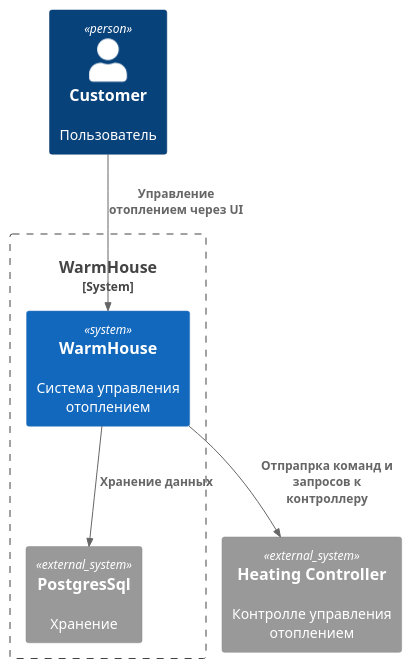
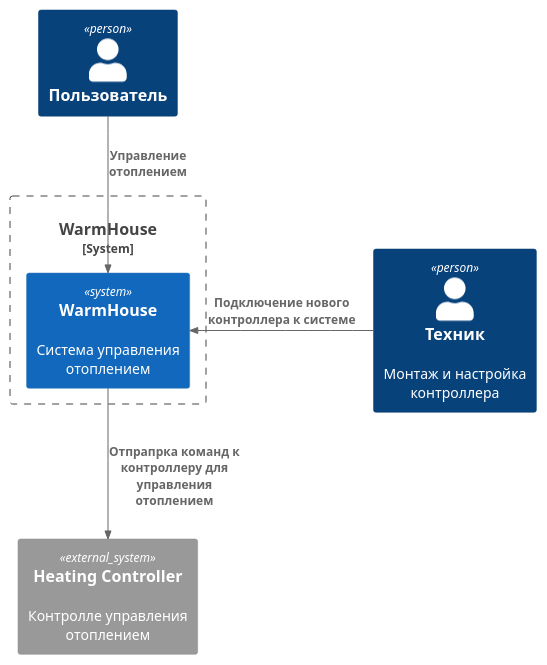
One commit to Meeluck/architecture-warmhouse changed the diagram in context_as_is.puml. Above: the diagram before and after it, drawn with PlantUML. The commit also changed 4 other files, not shown here.

Commit message:
переработаны диаграммы

```diff
--- a/context_as_is.puml
+++ b/context_as_is.puml
@@ -1,17 +1,16 @@
 @startuml
 !include https://raw.githubusercontent.com/plantuml-stdlib/C4-PlantUML/master/C4_Context.puml
 
-Person(user,"Customer","Пользователь")
+Person(user,Пользователь)
+Person(stuff,Техник, "Монтаж и настройка контроллера")
 
 System_Boundary(c1,WarmHouse){
     System(wh, "WarmHouse","Система управления отоплением")
-    System_Ext(db,"PostgresSql","Хранение")
 }
-
 
 System_Ext(heating,"Heating Controller","Контролле управления отоплением")
 
-Rel(wh,heating,"Отпрапрка команд и запросов к контроллеру")
-Rel(user,wh,"Управление отоплением через UI")
-Rel(wh,db,"Хранение данных")
+Rel(wh,heating,"Отпрапрка команд к контроллеру для управления отоплением")
+Rel(user,wh,"Управление отоплением")
+Rel_Left(stuff,wh,"Подключение нового контроллера к системе")
 @enduml
```
